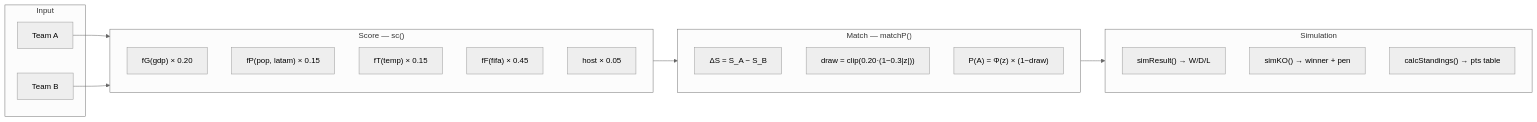
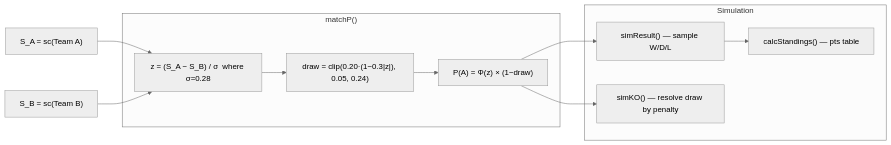
Before and after one commit to x-cookie/klement-model-k5: the second of 2 diagrams in README.md, drawn with Mermaid (neutral theme). The commit also changed other lines of this file and 11 other files, not shown here.

First line of the commit message:
ci: add vitest tests + CI workflow, DecoBalls on all pages, split README diagram

````diff
--- a/README.md
+++ b/README.md
@@ -68,32 +101,21 @@
 ```mermaid
 graph LR
-    subgraph Input["Input"]
-        TA[Team A]
-        TB[Team B]
+    SA["S_A = sc(Team A)"] --> DELTA
+    SB["S_B = sc(Team B)"] --> DELTA
+
+    subgraph Probability["matchP()"]
+        DELTA["z = (S_A − S_B) / σ  where σ=0.28"]
+        DRAW["draw = clip(0.20·(1−0.3|z|), 0.05, 0.24)"]
+        PHI["P(A) = Φ(z) × (1−draw)"]
+        DELTA --> DRAW --> PHI
     end
 
-    subgraph Score["Score — sc()"]
-        FG["fG(gdp) × 0.20"]
-        FP["fP(pop, latam) × 0.15"]
-        FT["fT(temp) × 0.15"]
-        FF["fF(fifa) × 0.45"]
-        FH["host × 0.05"]
+    subgraph Simulation["Simulation"]
+        SIM["simResult() — sample W/D/L"]
+        KO["simKO() — resolve draw by penalty"]
+        STAND["calcStandings() — pts table"]
+        PHI --> SIM
+        PHI --> KO
+        SIM --> STAND
     end
-
-    subgraph Prob["Match — matchP()"]
-        DELTA["ΔS = S_A − S_B"]
-        DRAW["draw = clip(0.20·(1−0.3|z|))"]
-        PHI["P(A) = Φ(z) × (1−draw)"]
-    end
-
-    subgraph Sim["Simulation"]
-        SIM["simResult() → W/D/L"]
-        KO["simKO() → winner + pen"]
-        STAND["calcStandings() → pts table"]
-    end
-
-    TA --> Score
-    TB --> Score
-    Score --> Prob
-    Prob --> Sim
 ```
````
